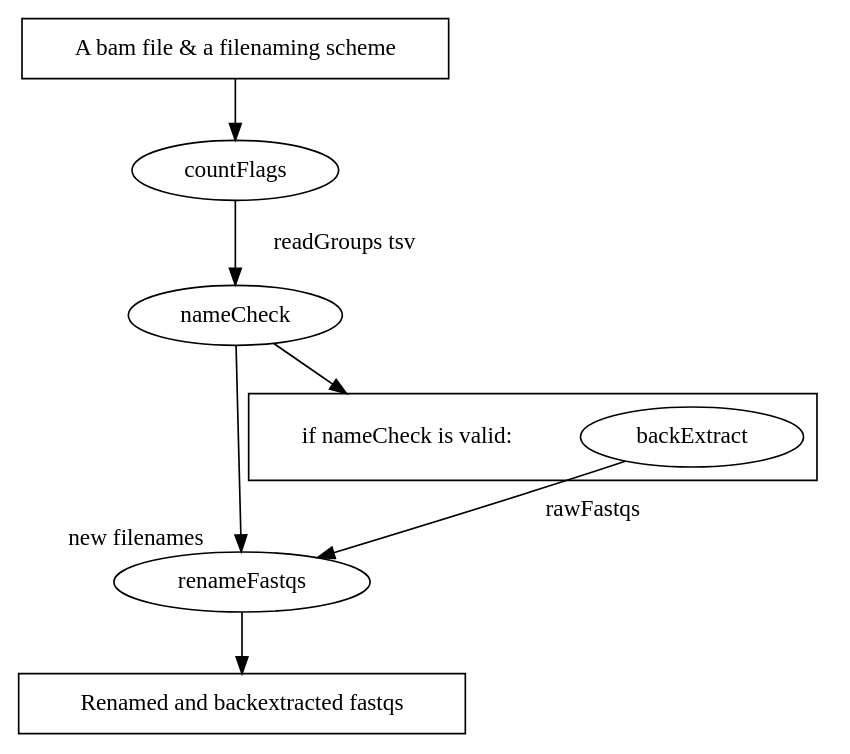
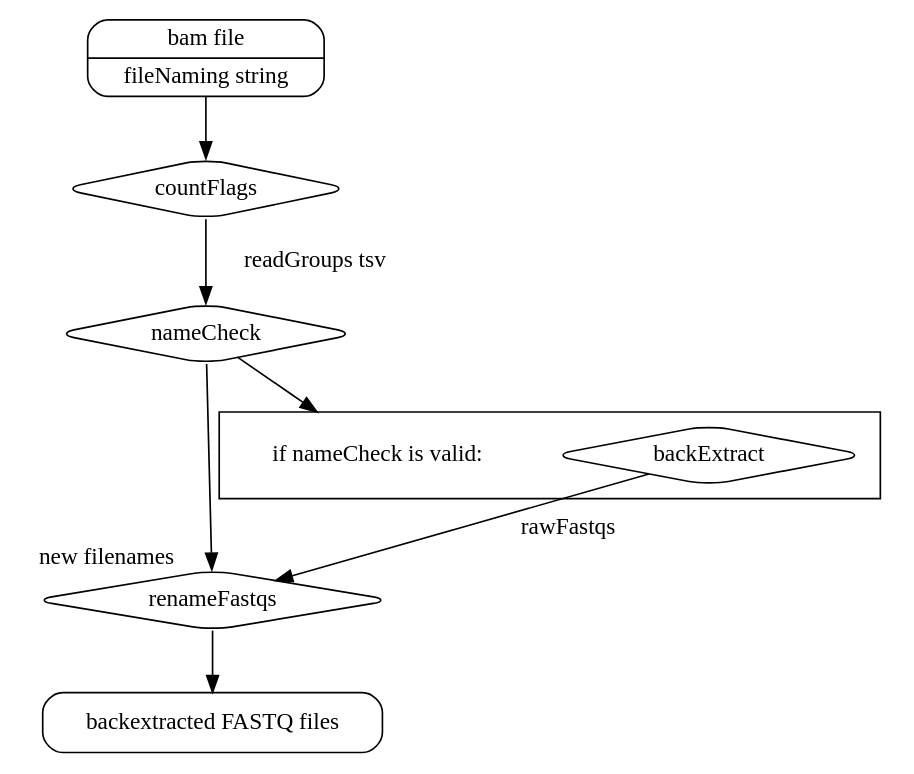
Before and after one commit to oicr-gsi/bamToFastq: the diagram in bamToFastq.dot, drawn with Graphviz. The commit also changed 2 other files, not shown here.

Commit message:
Updating output format and diagram

```diff
--- a/bamToFastq.dot
+++ b/bamToFastq.dot
@@ -1,21 +1,22 @@
 digraph bamToFastq {
   compound=true;
   rankdir="TB";
-  "A bam file & a filenaming scheme" -> "countFlags"
+  node [shape=diamond style=rounded]
+  "Inputs" -> "countFlags"
   "countFlags" -> "nameCheck" [label= "   readGroups tsv"]
   "backExtract" -> "renameFastqs" [label= "   rawFastqs"]
   "nameCheck" -> "renameFastqs" [headlabel= "new filenames   "]
   "nameCheck" -> "if nameCheck is valid:" [lhead=cluster_0]
-  "renameFastqs" -> "Renamed and backextracted fastqs"
+  "renameFastqs" -> "Outputs"
   "countFlags" 
   "nameCheck"
   "renameFastqs" 
-  "A bam file & a filenaming scheme" [shape=box]
-  "Renamed and backextracted fastqs" [shape=box]
+  "Inputs" [label="{bam file | fileNaming string}"shape=Mrecord]
+  "Outputs" [label="{backextracted FASTQ files}"shape=Mrecord]
   
 subgraph cluster_0 {
   "backExtract"
   "if nameCheck is valid:" [shape=plaintext]
 }
       
 }
```
